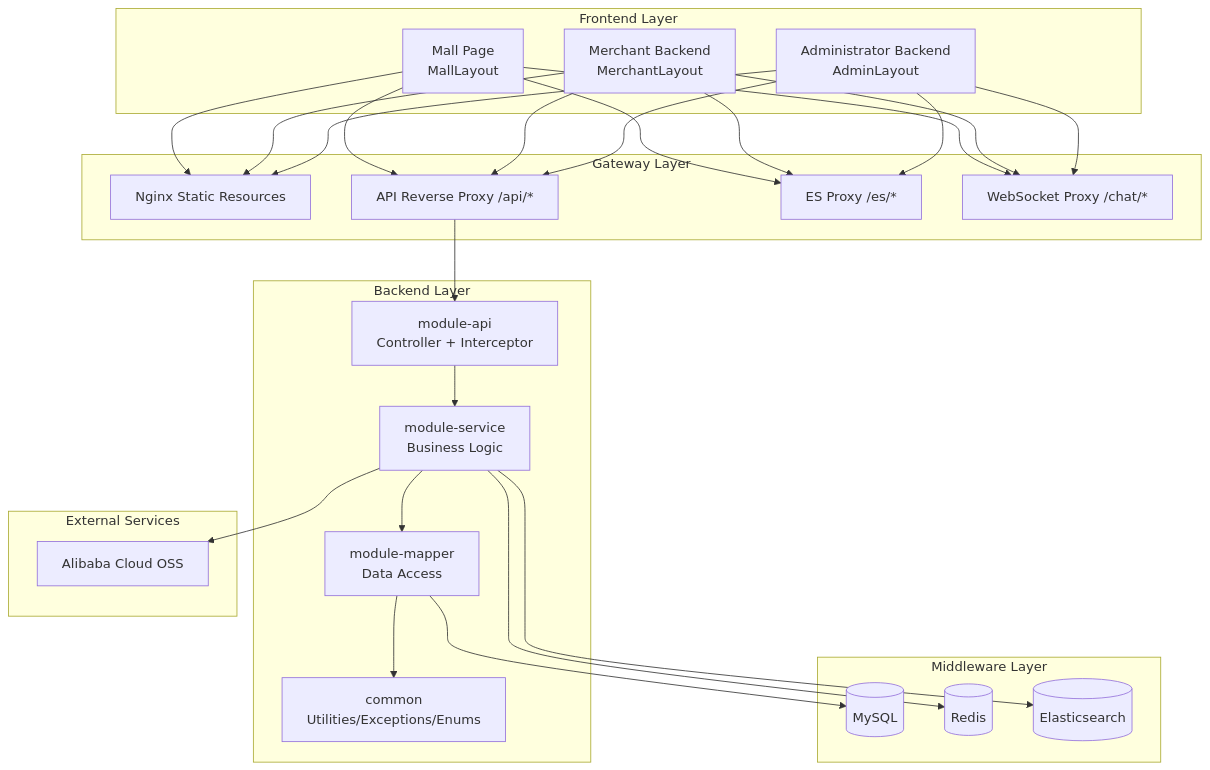
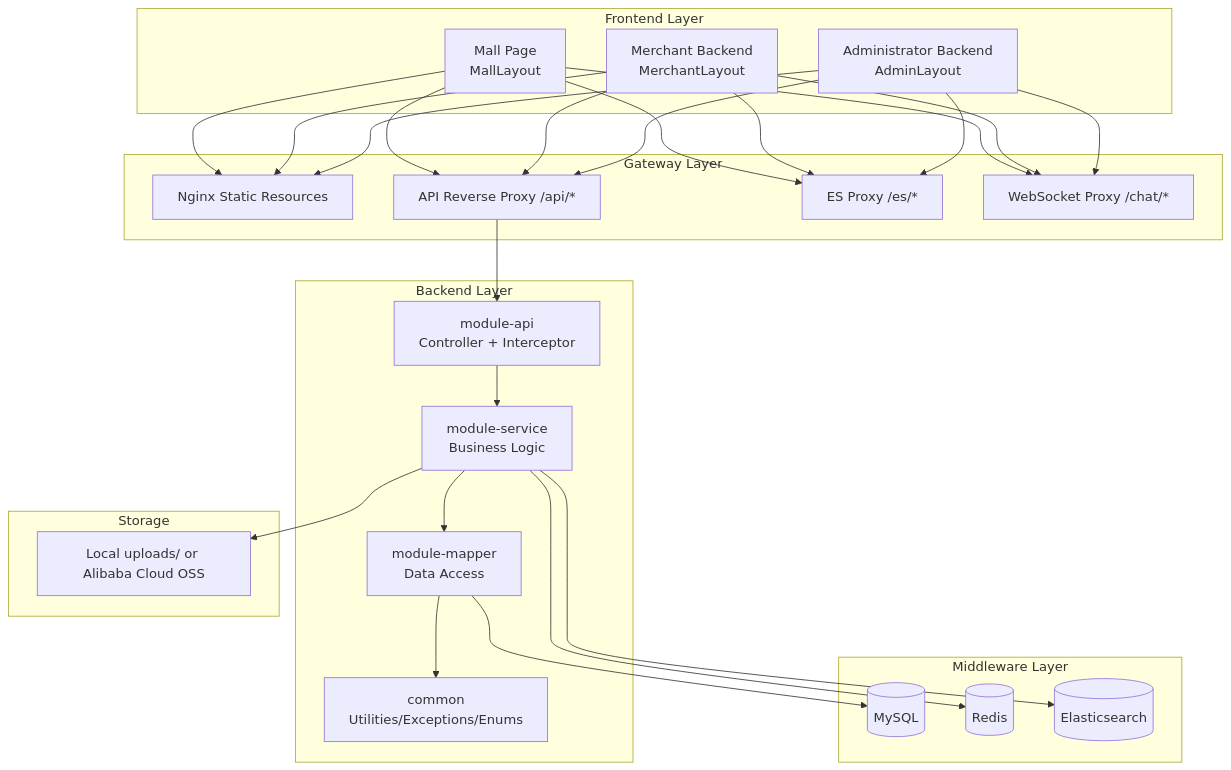
The first of 4 diagrams in docs/en/server-design.md (KIM406-CMD/chrono), drawn with Mermaid before and after one commit. The commit also changed other lines of this file and 15 other files, not shown here.

````diff
--- a/docs/en/server-design.md
+++ b/docs/en/server-design.md
@@ -735,39 +726,39 @@
 ```mermaid
 graph TB
     subgraph "Frontend Layer"
         A1["Mall Page<br/>MallLayout"]
         A2["Merchant Backend<br/>MerchantLayout"]
         A3["Administrator Backend<br/>AdminLayout"]
     end
 
     subgraph "Gateway Layer"
         B1["Nginx Static Resources"]
         B2["API Reverse Proxy /api/*"]
         B3["ES Proxy /es/*"]
         B4["WebSocket Proxy /chat/*"]
     end
 
     subgraph "Backend Layer"
         C1["module-api<br/>Controller + Interceptor"]
         C2["module-service<br/>Business Logic"]
         C3["module-mapper<br/>Data Access"]
         C4["common<br/>Utilities/Exceptions/Enums"]
     end
 
     subgraph "Middleware Layer"
         D1[("MySQL")]
         D2[("Redis")]
         D3[("Elasticsearch")]
     end
 
-    subgraph "External Services"
-        E1["Alibaba Cloud OSS"]
+    subgraph "Storage"
+        E1["Local uploads/ or Alibaba Cloud OSS"]
     end
 
     A1 & A2 & A3 --> B1 & B2 & B3 & B4
     B2 --> C1
     C1 --> C2 --> C3 --> C4
     C3 --> D1
     C2 --> D2 & D3
     C2 --> E1
 ```
````
